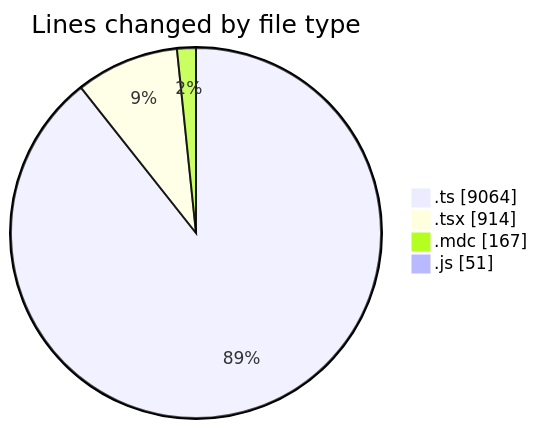
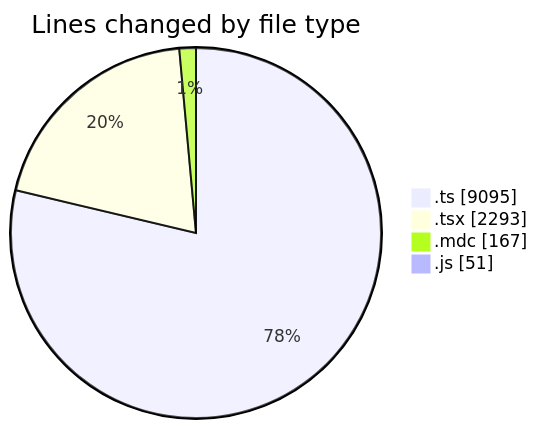
The first of 2 diagrams in 2025-06-06/ecodeli-1/README.md (CELIANVF/code-tracking), drawn with Mermaid before and after one commit. The commit also changed other lines of this file and 1 other file, not shown here.

````diff
--- a/2025-06-06/ecodeli-1/README.md
+++ b/2025-06-06/ecodeli-1/README.md
@@ -47,8 +48,8 @@
 ```mermaid
 pie showData
 title Lines changed by file type
-".ts" : 9064
-".tsx" : 914
+".ts" : 9095
+".tsx" : 2293
 ".mdc" : 167
 ".js" : 51
 ```
````
